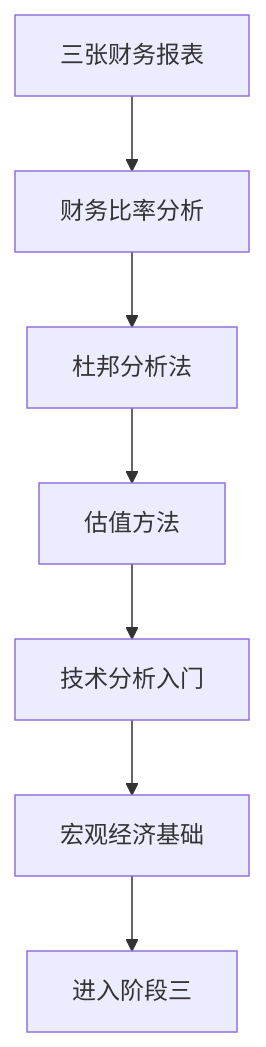
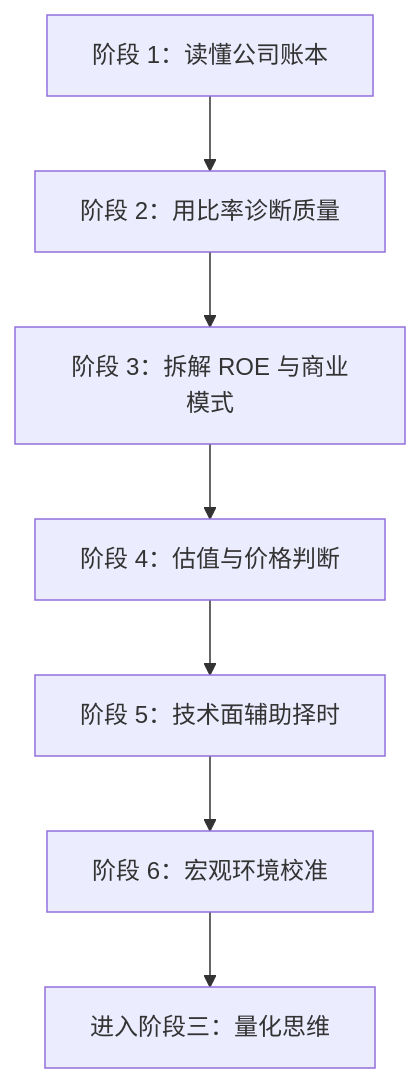
Before and after one commit to Cthaat/Obsidian: the diagram in quant-wiki-notes/入门教程/阶段二-看懂公司与市场/目录.md, drawn with Mermaid. The commit also changed other lines of this file and 3 other files, not shown here.

````diff
--- a/quant-wiki-notes/入门教程/阶段二-看懂公司与市场/目录.md
+++ b/quant-wiki-notes/入门教程/阶段二-看懂公司与市场/目录.md
@@ -20,9 +31,9 @@
 ```mermaid
 graph TD
-    A[三张财务报表] --> B[财务比率分析]
-    B --> C[杜邦分析法]
-    C --> D[估值方法]
-    D --> E[技术分析入门]
-    E --> F[宏观经济基础]
-    F --> G[进入阶段三]
+    A[阶段 1：读懂公司账本] --> B[阶段 2：用比率诊断质量]
+    B --> C[阶段 3：拆解 ROE 与商业模式]
+    C --> D[阶段 4：估值与价格判断]
+    D --> E[阶段 5：技术面辅助择时]
+    E --> F[阶段 6：宏观环境校准]
+    F --> G[进入阶段三：量化思维]
 ```
````
